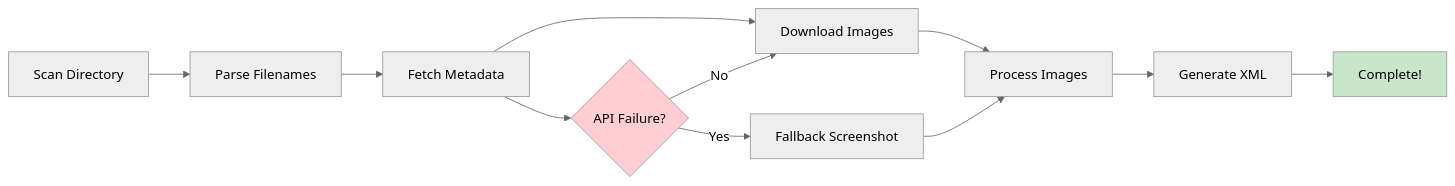
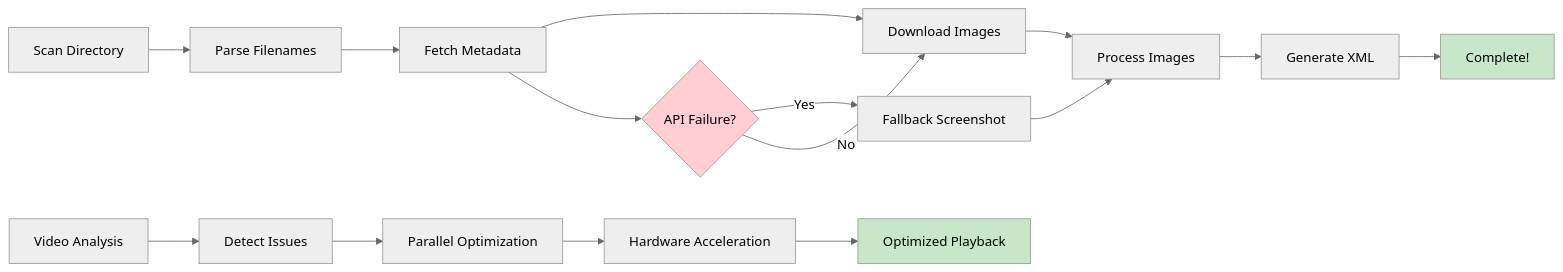
One commit to DouglasMacKrell/mpv-scraper changed the second of 2 diagrams in README.md. Above: the diagram before and after it, drawn with Mermaid (neutral theme). The commit also changed other lines of this file and 15 other files, not shown here.

Commit message:
WIP: Add video processing features - cropping, conversion, optimization, and parallel processing. Tests need fixing but core functionality is implemented.

````diff
--- a/README.md
+++ b/README.md
@@ -29,17 +42,23 @@
 ```mermaid
 flowchart LR
     A[Scan Directory] --> B[Parse Filenames]
     B --> C[Fetch Metadata]
     C --> D[Download Images]
     D --> E[Process Images]
     E --> F[Generate XML]
     F --> G[Complete!]
+    
+    H[Video Analysis] --> I[Detect Issues]
+    I --> J[Parallel Optimization]
+    J --> K[Hardware Acceleration]
+    K --> L[Optimized Playback]
 
-    C --> H{API Failure?}
-    H -->|Yes| I[Fallback Screenshot]
-    H -->|No| D
-    I --> E
+    C --> M{API Failure?}
+    M -->|Yes| N[Fallback Screenshot]
+    M -->|No| D
+    N --> E
 
     style G fill:#c8e6c9
-    style H fill:#ffcdd2
+    style L fill:#c8e6c9
+    style M fill:#ffcdd2
 ```
````
